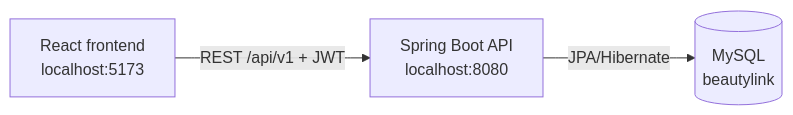
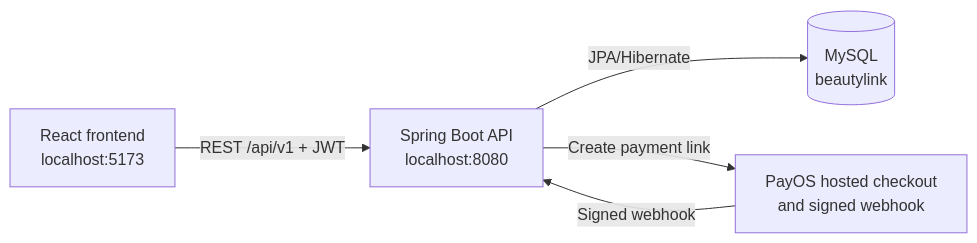
Before and after one commit to xuandat24/BeautyLink_EXE: the diagram in README.md, drawn with Mermaid. The commit also changed other lines of this file and 27 other files, not shown here.

Commit message:
Add validated PayOS payment flow

````diff
--- a/README.md
+++ b/README.md
@@ -79,9 +80,12 @@
 ```mermaid
 flowchart LR
     Browser[React frontend\nlocalhost:5173]
     API[Spring Boot API\nlocalhost:8080]
     DB[(MySQL\nbeautylink)]
+    PayOS[PayOS hosted checkout\nand signed webhook]
 
     Browser -->|REST /api/v1 + JWT| API
     API -->|JPA/Hibernate| DB
+    API -->|Create payment link| PayOS
+    PayOS -->|Signed webhook| API
 ```
````
